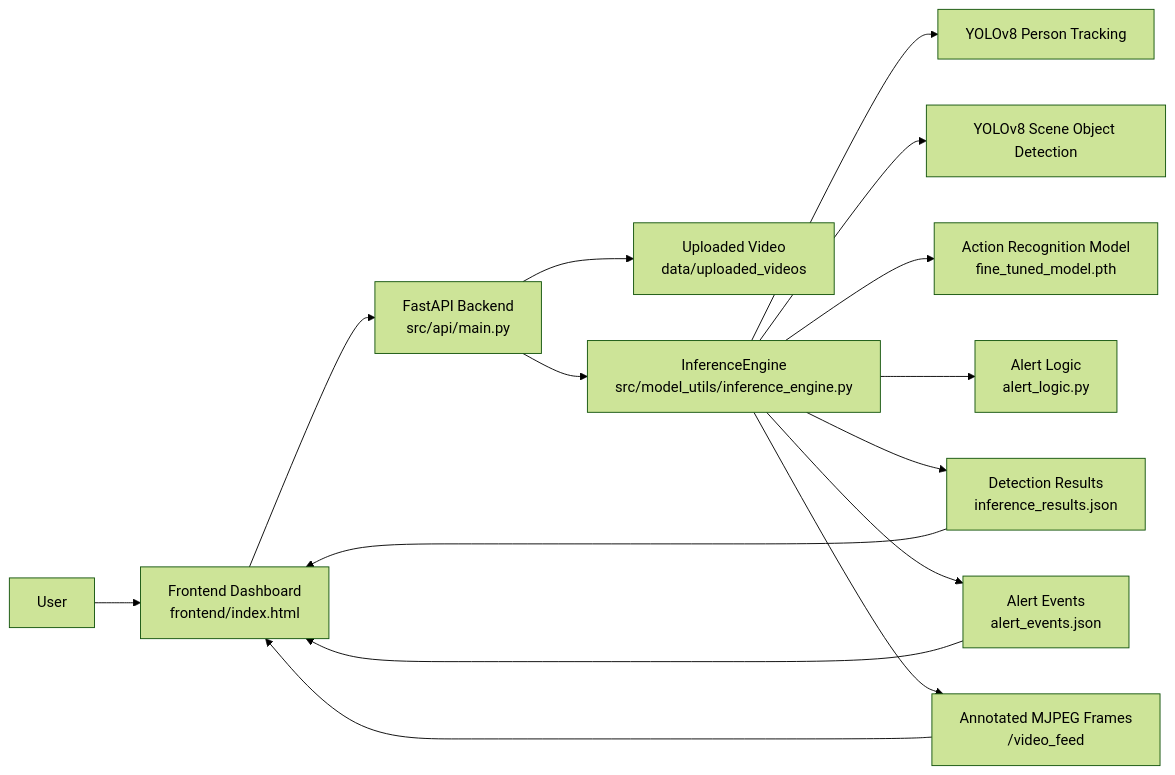
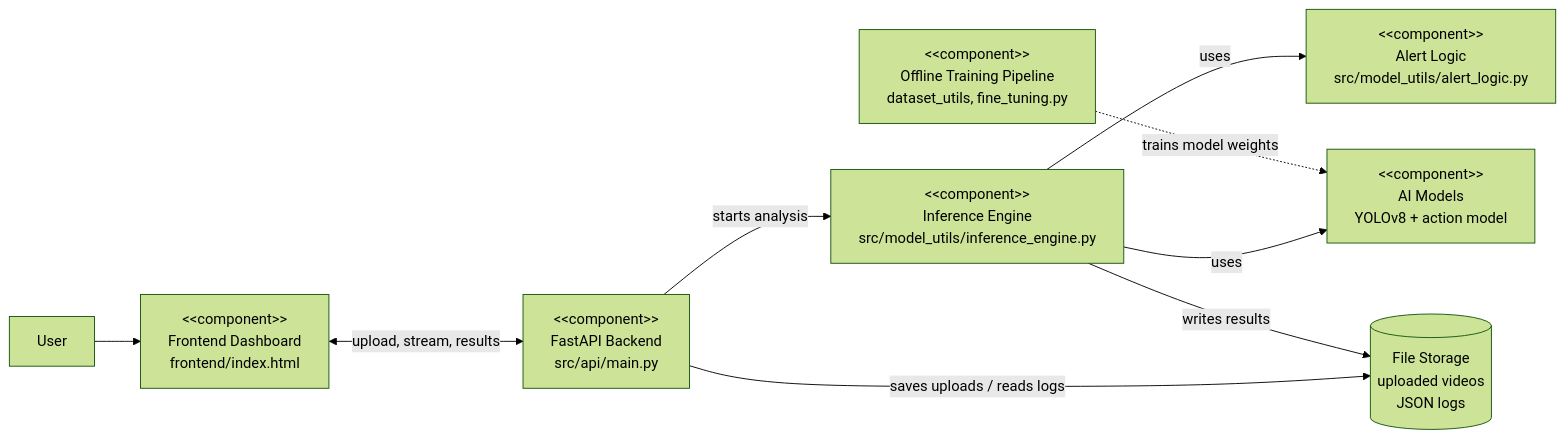
Before and after one commit to Magda1103/Problem-Workshop-in-Software-Engineering: the first of 5 diagrams in README.md, drawn with Mermaid (forest theme). The commit also changed other lines of this file and 1 other file, not shown here.

Commit message:
Fix Model Architecture diagram

````diff
--- a/README.md
+++ b/README.md
@@ -68,17 +164,24 @@
 ```mermaid
 flowchart LR
-    U["User"] --> FE["Frontend Dashboard<br/>frontend/index.html"]
-    FE --> API["FastAPI Backend<br/>src/api/main.py"]
-    API --> UP["Uploaded Video<br/>data/uploaded_videos"]
-    API --> IE["InferenceEngine<br/>src/model_utils/inference_engine.py"]
-    IE --> YOLO1["YOLOv8 Person Tracking"]
-    IE --> YOLO2["YOLOv8 Scene Object Detection"]
-    IE --> AR["Action Recognition Model<br/>fine_tuned_model.pth"]
-    IE --> AL["Alert Logic<br/>alert_logic.py"]
-    IE --> JSON1["Detection Results<br/>inference_results.json"]
-    IE --> JSON2["Alert Events<br/>alert_events.json"]
-    IE --> STREAM["Annotated MJPEG Frames<br/>/video_feed"]
-    STREAM --> FE
-    JSON1 --> FE
-    JSON2 --> FE
+    User["User"]
+
+    Frontend["&lt;&lt;component&gt;&gt;<br/>Frontend Dashboard<br/>frontend/index.html"]
+    Backend["&lt;&lt;component&gt;&gt;<br/>FastAPI Backend<br/>src/api/main.py"]
+    Engine["&lt;&lt;component&gt;&gt;<br/>Inference Engine<br/>src/model_utils/inference_engine.py"]
+    Models["&lt;&lt;component&gt;&gt;<br/>AI Models<br/>YOLOv8 + action model"]
+    AlertLogic["&lt;&lt;component&gt;&gt;<br/>Alert Logic<br/>src/model_utils/alert_logic.py"]
+    Training["&lt;&lt;component&gt;&gt;<br/>Offline Training Pipeline<br/>dataset_utils, fine_tuning.py"]
+    Storage[("File Storage<br/>uploaded videos<br/>JSON logs")]
+
+    User --> Frontend
+    Frontend <-->|upload, stream, results| Backend
+
+    Backend -->|starts analysis| Engine
+    Backend -->|saves uploads / reads logs| Storage
+
+    Engine -->|uses| Models
+    Engine -->|uses| AlertLogic
+    Engine -->|writes results| Storage
+
+    Training -.->|trains model weights| Models
 ```
````
